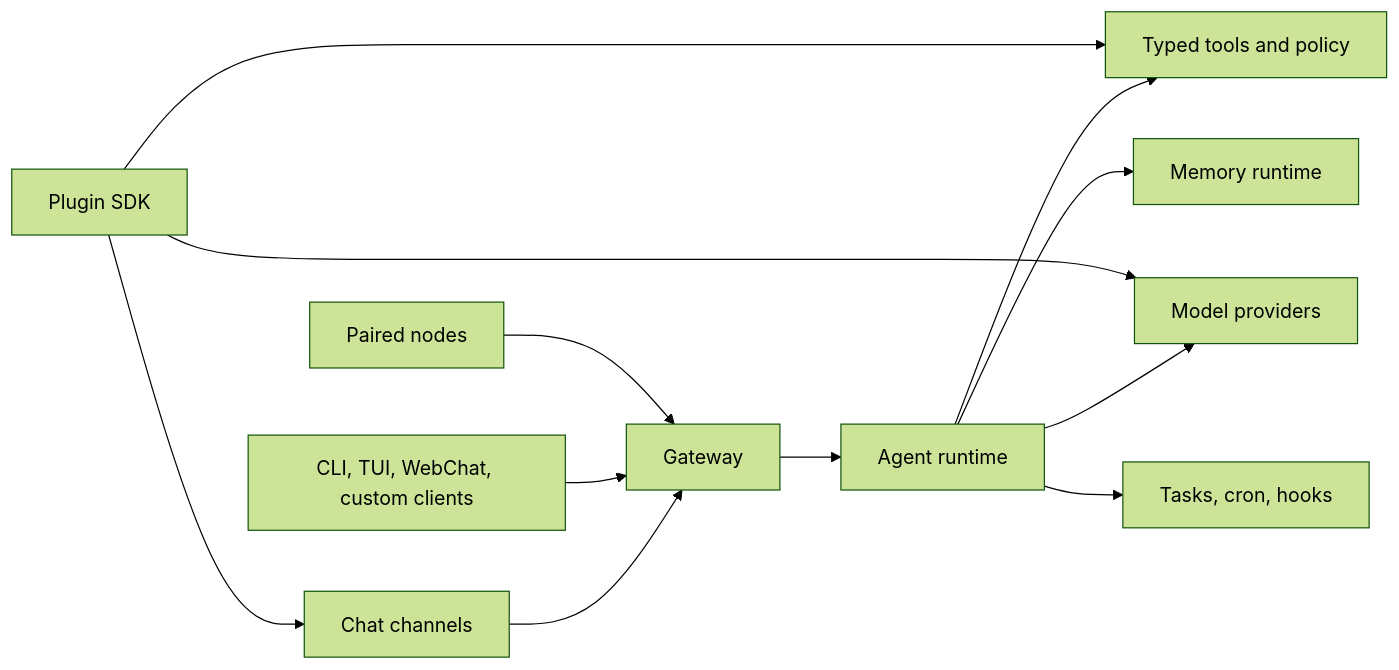
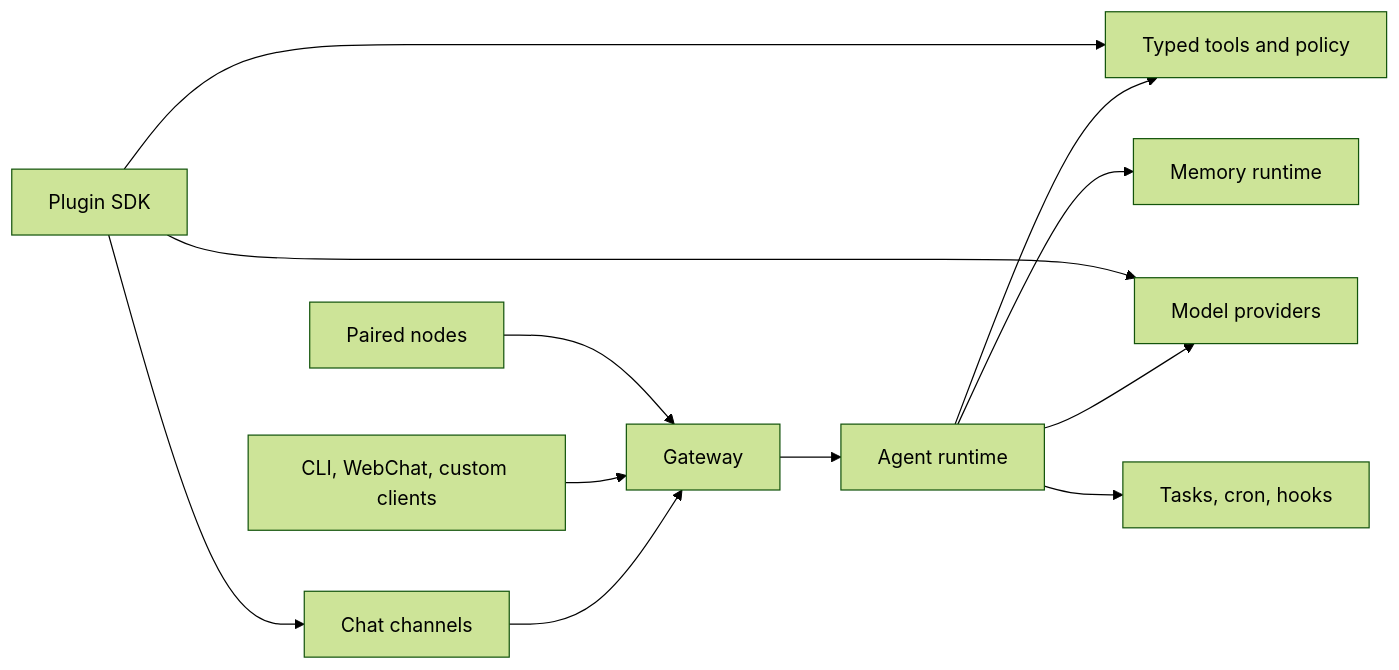
Before and after one commit to qianleigood/crawclaw: the diagram in README.md, drawn with Mermaid (forest theme). The commit also changed other lines of this file and 185 other files, not shown here.

````diff
--- a/README.md
+++ b/README.md
@@ -166,14 +156,14 @@
 ```mermaid
 flowchart LR
   Channels["Chat channels"] --> Gateway["Gateway"]
-  Clients["CLI, TUI, WebChat, custom clients"] --> Gateway
+  Clients["CLI, WebChat, custom clients"] --> Gateway
   Nodes["Paired nodes"] --> Gateway
   Gateway --> Agent["Agent runtime"]
   Agent --> Tools["Typed tools and policy"]
   Agent --> Providers["Model providers"]
   Agent --> Memory["Memory runtime"]
   Agent --> Automation["Tasks, cron, hooks"]
   Plugins["Plugin SDK"] --> Channels
   Plugins --> Tools
   Plugins --> Providers
 ```
````
